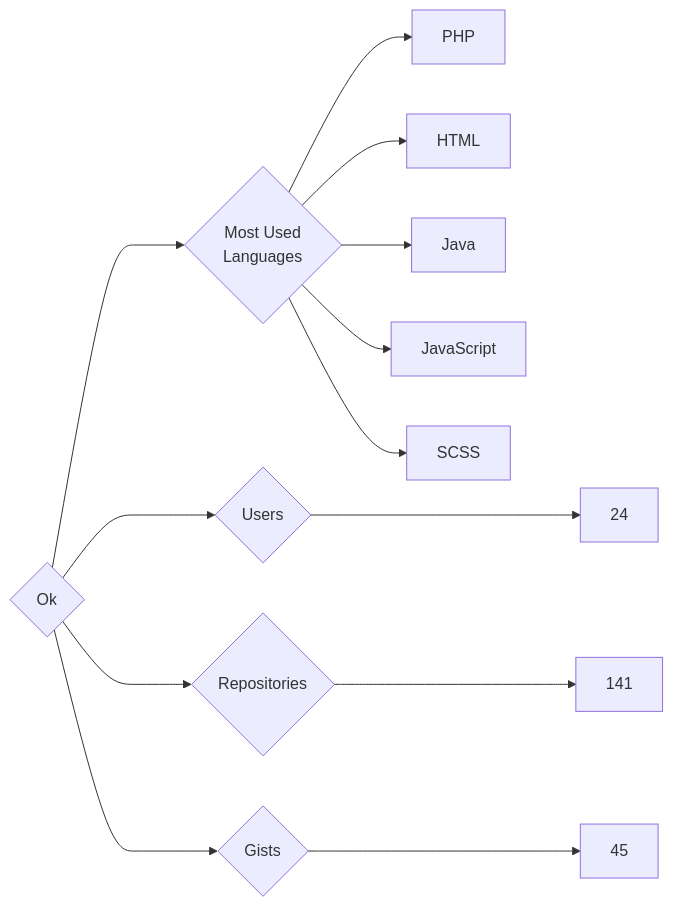
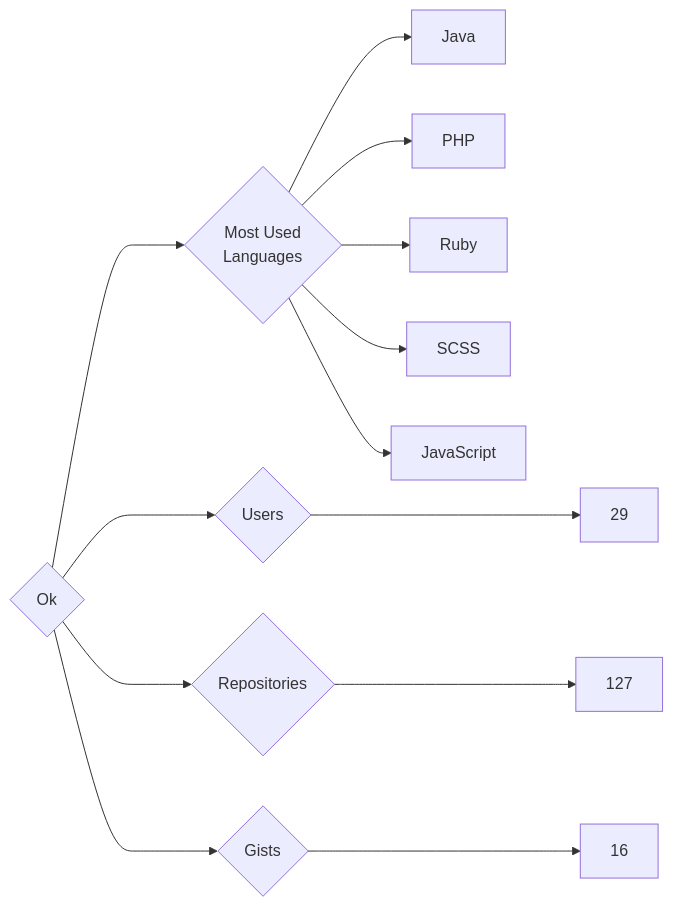
One commit to trickest/insiders changed the diagram in targets/Ok/README.md. Above: the diagram before and after it, drawn with Mermaid. The commit also changed 928 other files, not shown here.

````diff
--- a/targets/Ok/README.md
+++ b/targets/Ok/README.md
@@ -3,13 +3,13 @@
 ```mermaid
 graph LR
 COMPANY_NAME{Ok}
-COMPANY_NAME ---> U{Users} ---> UN[24]
-COMPANY_NAME ---> R{Repositories} ---> RN[141]
-COMPANY_NAME ---> G{Gists} ---> GN[45]
+COMPANY_NAME ---> U{Users} ---> UN[29]
+COMPANY_NAME ---> R{Repositories} ---> RN[127]
+COMPANY_NAME ---> G{Gists} ---> GN[16]
 COMPANY_NAME ---> ML{Most Used<br>Languages}
+ML --> Java[Java]
 ML --> PHP[PHP]
-ML --> HTML[HTML]
-ML --> Java[Java]
+ML --> Ruby[Ruby]
+ML --> SCSS[SCSS]
 ML --> JavaScript[JavaScript]
-ML --> SCSS[SCSS]
 ```
````
